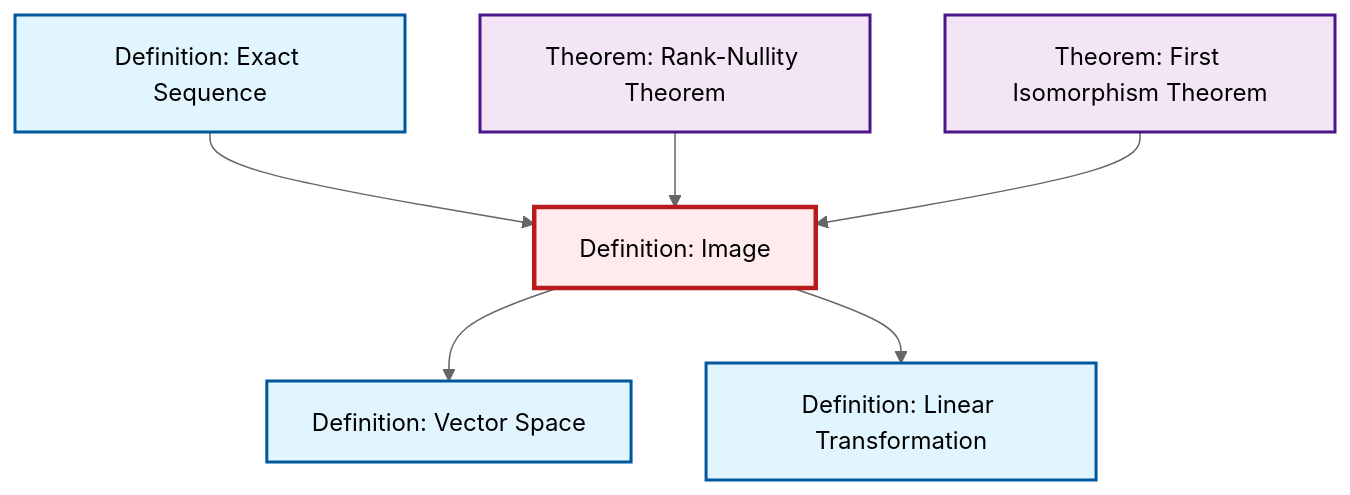
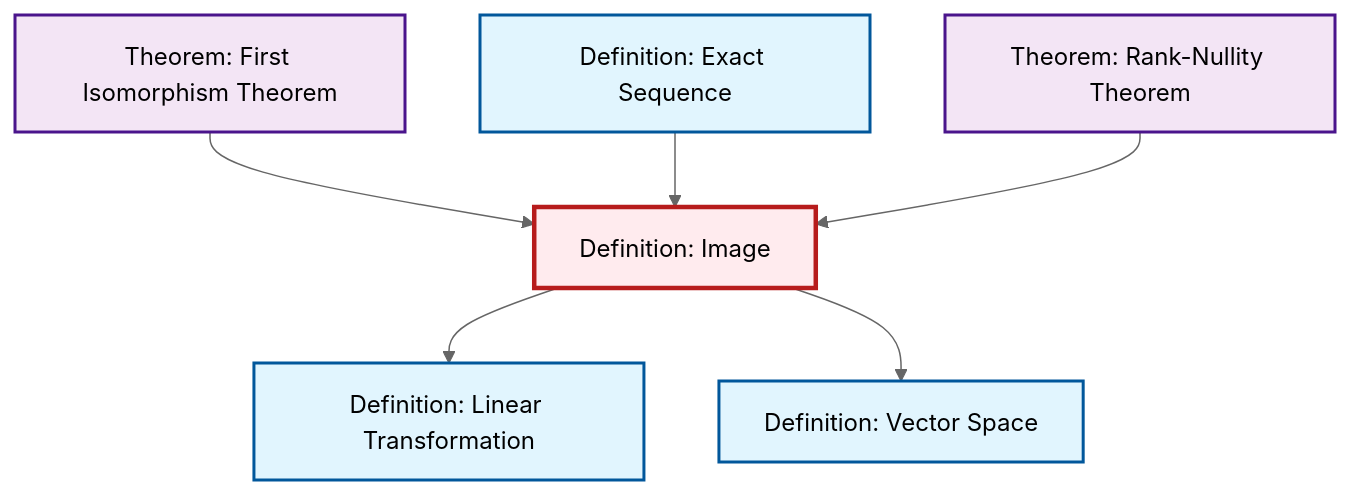
Before and after one commit to RK0429/ModernMath: the diagram in content/en/algebra/def-image.qmd, drawn with Mermaid (neutral theme). The commit also changed other lines of this file and 1069 other files, not shown here.

````diff
--- a/content/en/algebra/def-image.qmd
+++ b/content/en/algebra/def-image.qmd
@@ -51,26 +51,26 @@
 ```{mermaid}
 %%| fig-cap: "Local dependency graph"
 graph TD
     classDef definition fill:#e1f5fe,stroke:#01579b,stroke-width:2px
     classDef theorem fill:#f3e5f5,stroke:#4a148c,stroke-width:2px
     classDef axiom fill:#fff3e0,stroke:#e65100,stroke-width:2px
     classDef example fill:#e8f5e9,stroke:#1b5e20,stroke-width:2px
     classDef current fill:#ffebee,stroke:#b71c1c,stroke-width:3px
-    thm-rank-nullity["Theorem: Rank-Nullity Theorem"]:::theorem
     def-image["Definition: Image"]:::definition
-    thm-first-isomorphism["Theorem: First Isomorphism Theorem"]:::theorem
-    def-exact-sequence["Definition: Exact Sequence"]:::definition
     def-linear-transformation["Definition: Linear Transformation"]:::definition
     def-vector-space["Definition: Vector Space"]:::definition
+    def-exact-sequence["Definition: Exact Sequence"]:::definition
+    thm-first-isomorphism["Theorem: First Isomorphism Theorem"]:::theorem
+    thm-rank-nullity["Theorem: Rank-Nullity Theorem"]:::theorem
+    def-image --> def-linear-transformation
+    def-image --> def-vector-space
+    thm-first-isomorphism --> def-image
     def-exact-sequence --> def-image
-    def-image --> def-vector-space
     thm-rank-nullity --> def-image
-    thm-first-isomorphism --> def-image
-    def-image --> def-linear-transformation
     class def-image current
-    click thm-rank-nullity "thm-rank-nullity.html" "Go to Rank-Nullity Theorem theorem"
-    click thm-first-isomorphism "thm-first-isomorphism.html" "Go to First Isomorphism Theorem theorem"
-    click def-exact-sequence "def-exact-sequence.html" "Go to Exact Sequence definition"
     click def-linear-transformation "def-linear-transformation.html" "Go to Linear Transformation definition"
     click def-vector-space "def-vector-space.html" "Go to Vector Space definition"
+    click def-exact-sequence "def-exact-sequence.html" "Go to Exact Sequence definition"
+    click thm-first-isomorphism "thm-first-isomorphism.html" "Go to First Isomorphism Theorem theorem"
+    click thm-rank-nullity "thm-rank-nullity.html" "Go to Rank-Nullity Theorem theorem"
 ```
````
